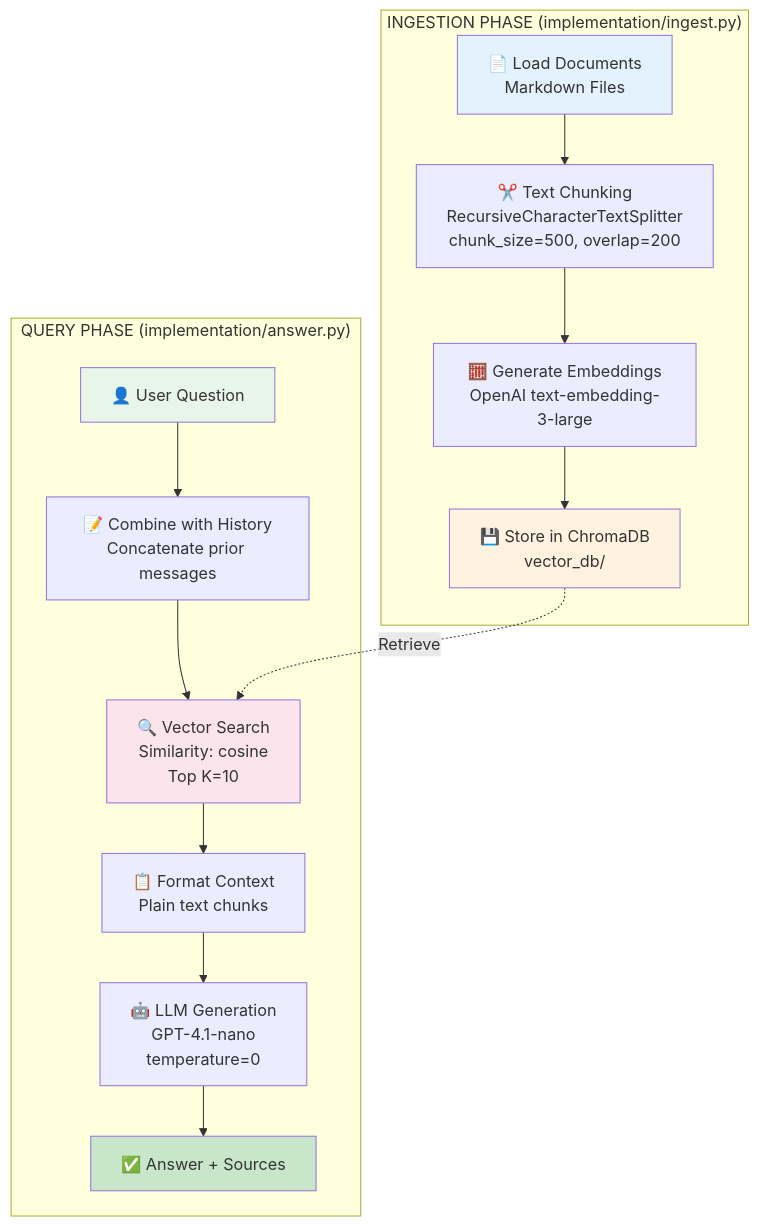
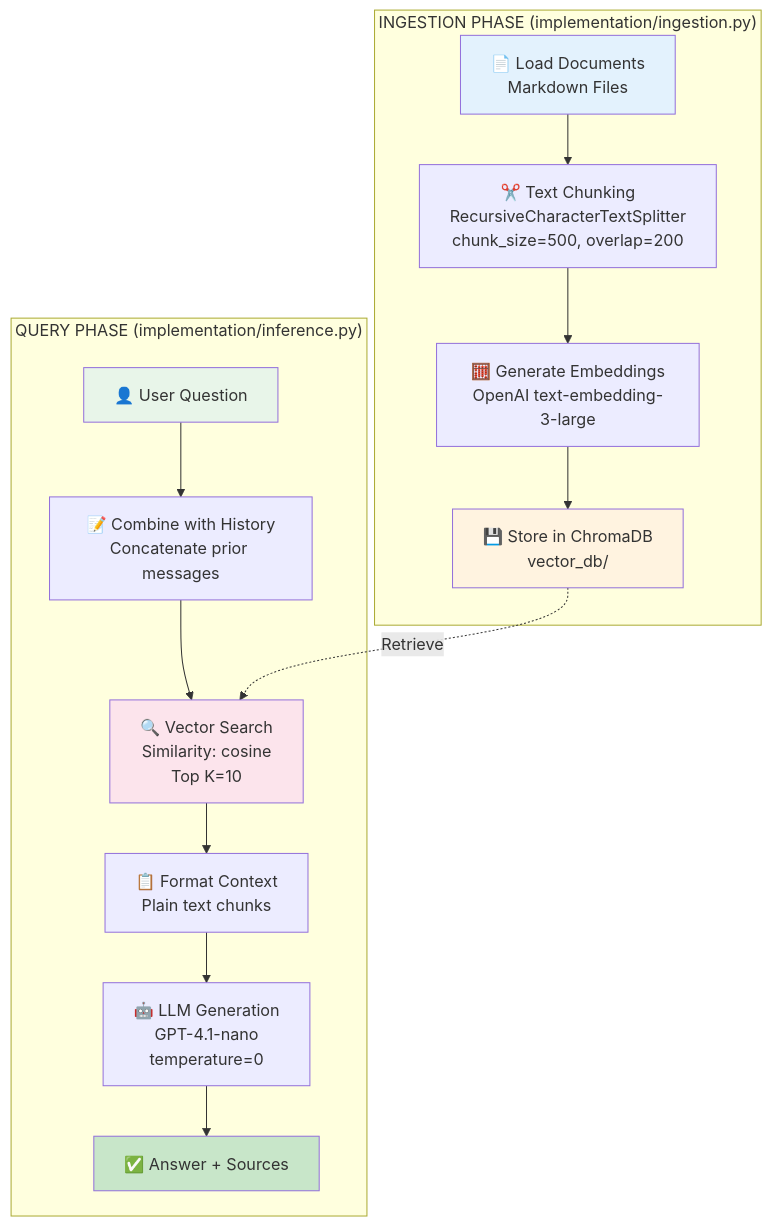
Before and after one commit to aditya-caltechie/ai-rag: the diagram in docs/2-basic_rag.md, drawn with Mermaid. The commit also changed 20 other files, not shown here.

````diff
--- a/docs/2-basic_rag.md
+++ b/docs/2-basic_rag.md
@@ -3,23 +3,23 @@
 ```mermaid
 graph TB
-    subgraph "INGESTION PHASE (implementation/ingest.py)"
+    subgraph "INGESTION PHASE (implementation/ingestion.py)"
         A[📄 Load Documents<br/>Markdown Files] --> B[✂️ Text Chunking<br/>RecursiveCharacterTextSplitter<br/>chunk_size=500, overlap=200]
         B --> C[🧮 Generate Embeddings<br/>OpenAI text-embedding-3-large]
         C --> D[💾 Store in ChromaDB<br/>vector_db/]
     end
     
-    subgraph "QUERY PHASE (implementation/answer.py)"
+    subgraph "QUERY PHASE (implementation/inference.py)"
         E[👤 User Question] --> F[📝 Combine with History<br/>Concatenate prior messages]
         F --> G[🔍 Vector Search<br/>Similarity: cosine<br/>Top K=10]
         D -.->|Retrieve| G
         G --> H[📋 Format Context<br/>Plain text chunks]
         H --> I[🤖 LLM Generation<br/>GPT-4.1-nano<br/>temperature=0]
         I --> J[✅ Answer + Sources]
     end
     
     style A fill:#e3f2fd
     style D fill:#fff3e0
     style E fill:#e8f5e9
     style J fill:#c8e6c9
     style G fill:#fce4ec
 ```
````
